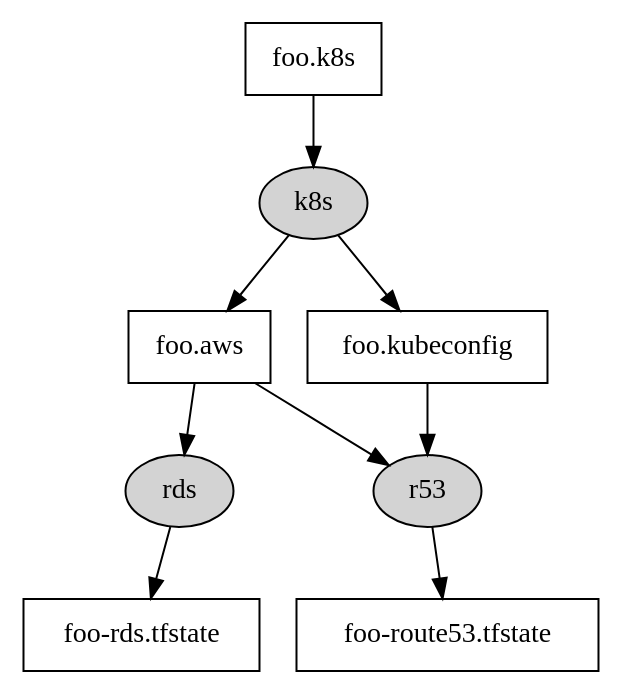
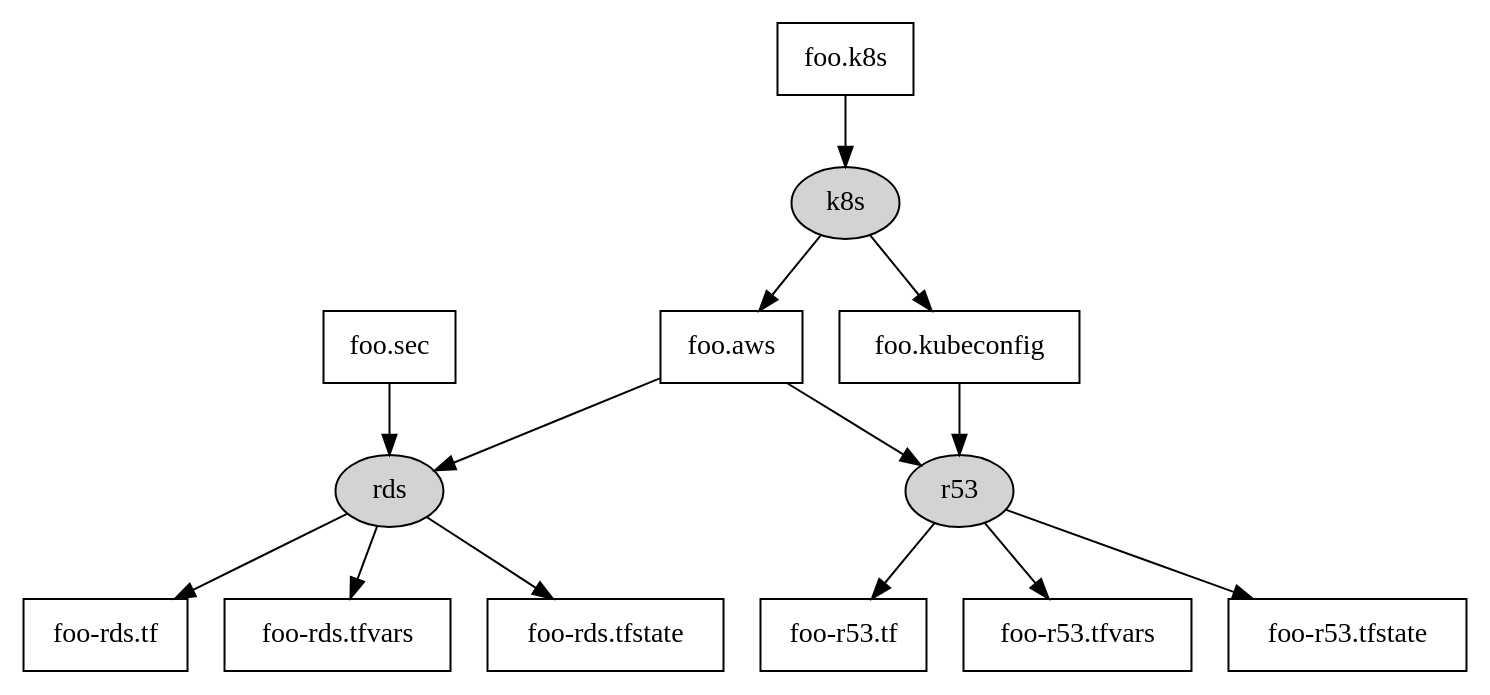
One commit to weaveworks/service changed the diagram in infra/order.dot. Above: the diagram before and after it, drawn with Graphviz. The commit also changed 11 other files, not shown here.

```diff
--- a/infra/order.dot
+++ b/infra/order.dot
@@ -1,15 +1,20 @@
 digraph G {
 	"foo.k8s" [shape=box];
 	"foo.aws" [shape=box];
+	"foo.sec" [shape=box];
 	"foo.kubeconfig" [shape=box];
+	"foo-rds.tf" [shape=box];
+	"foo-rds.tfvars" [shape=box];
 	"foo-rds.tfstate" [shape=box];
-	"foo-route53.tfstate" [shape=box];
+	"foo-r53.tf" [shape=box];
+	"foo-r53.tfvars" [shape=box];
+	"foo-r53.tfstate" [shape=box];
 
 	k8s [style=filled];
 	rds [style=filled];
 	r53 [style=filled];
 
 	"foo.k8s" -> k8s -> {"foo.aws", "foo.kubeconfig"};
-	"foo.aws" -> rds -> "foo-rds.tfstate";
-	{"foo.aws", "foo.kubeconfig"} -> r53 -> "foo-route53.tfstate";
+	{"foo.sec", "foo.aws"} -> rds -> {"foo-rds.tf", "foo-rds.tfvars", "foo-rds.tfstate"};
+	{"foo.aws", "foo.kubeconfig"} -> r53 -> {"foo-r53.tf", "foo-r53.tfvars", "foo-r53.tfstate"};
 }
```
